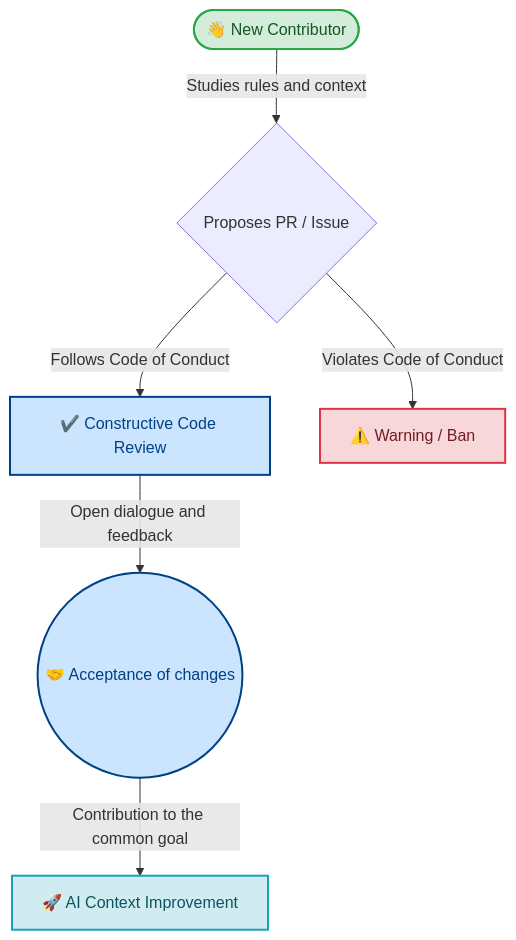
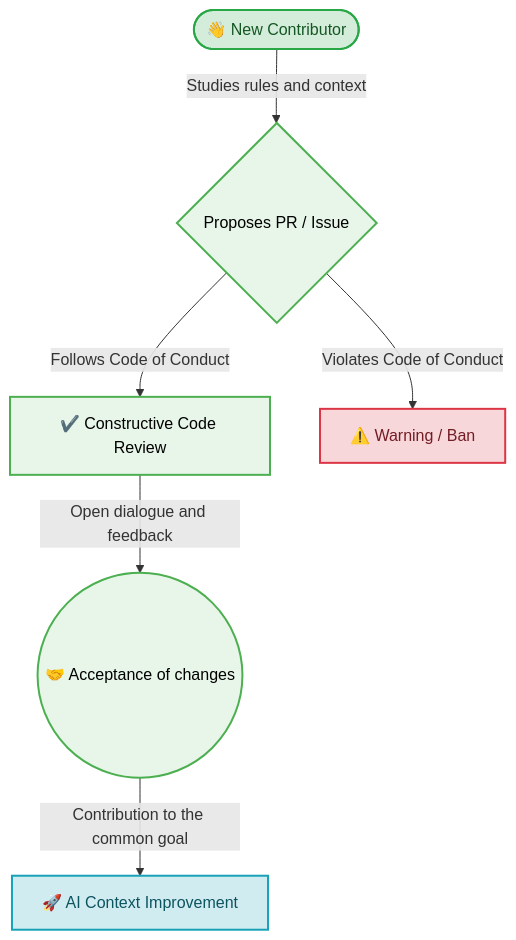
One commit to beginwebdev2002/best-practise changed the diagram in .agents/rules/rules.md. Above: the diagram before and after it, drawn with Mermaid. The commit also changed 20 other files, not shown here.

First line of the commit message:
docs: update mermaid diagrams with UI/UX design tokens styling

````diff
--- a/.agents/rules/rules.md
+++ b/.agents/rules/rules.md
@@ -34,19 +34,28 @@
 ```mermaid
 graph TD
     A([👋 New Contributor]) -->|Studies rules and context| B{Proposes PR / Issue}
     B -->|Follows Code of Conduct| C[✔️ Constructive Code Review]
     B -->|Violates Code of Conduct| D[⚠️ Warning / Ban]
     
     C -->|Open dialogue and feedback| E((🤝 Acceptance of changes))
     E -->|Contribution to the common goal| F[🚀 AI Context Improvement]
     
     classDef welcome fill:#d4edda,stroke:#28a745,stroke-width:2px,color:#155724;
     classDef review fill:#cce5ff,stroke:#004085,stroke-width:2px,color:#004085;
     classDef warning fill:#f8d7da,stroke:#dc3545,stroke-width:2px,color:#721c24;
     classDef success fill:#d1ecf1,stroke:#17a2b8,stroke-width:2px,color:#0c5460;
     
     class A welcome;
     class C,E review;
     class D warning;
     class F success;
+    %% Added Design Token Styles for Mermaid Diagrams
+    classDef default fill:#e1f5fe,stroke:#03a9f4,stroke-width:2px,color:#000;
+    classDef component fill:#e8f5e9,stroke:#4caf50,stroke-width:2px,color:#000;
+    classDef layout fill:#f3e5f5,stroke:#9c27b0,stroke-width:2px,color:#000;
+
+    class C component;
+    class E component;
+    class B component;
+
 ```
````
